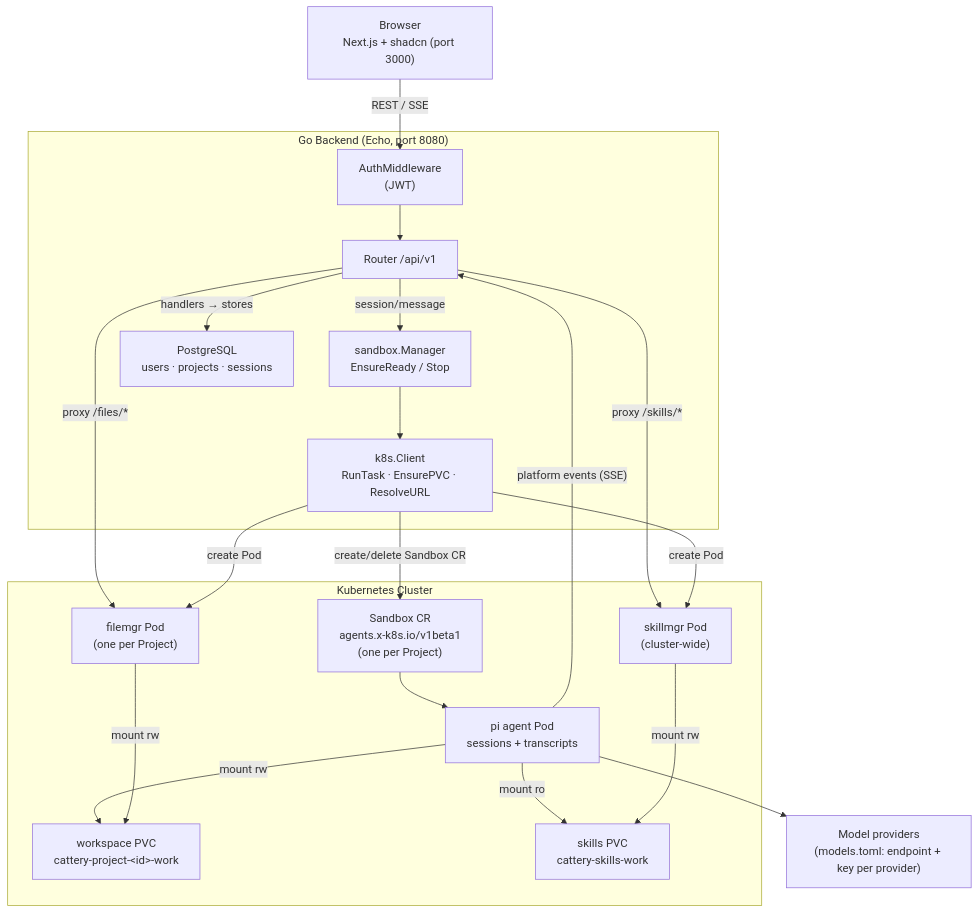
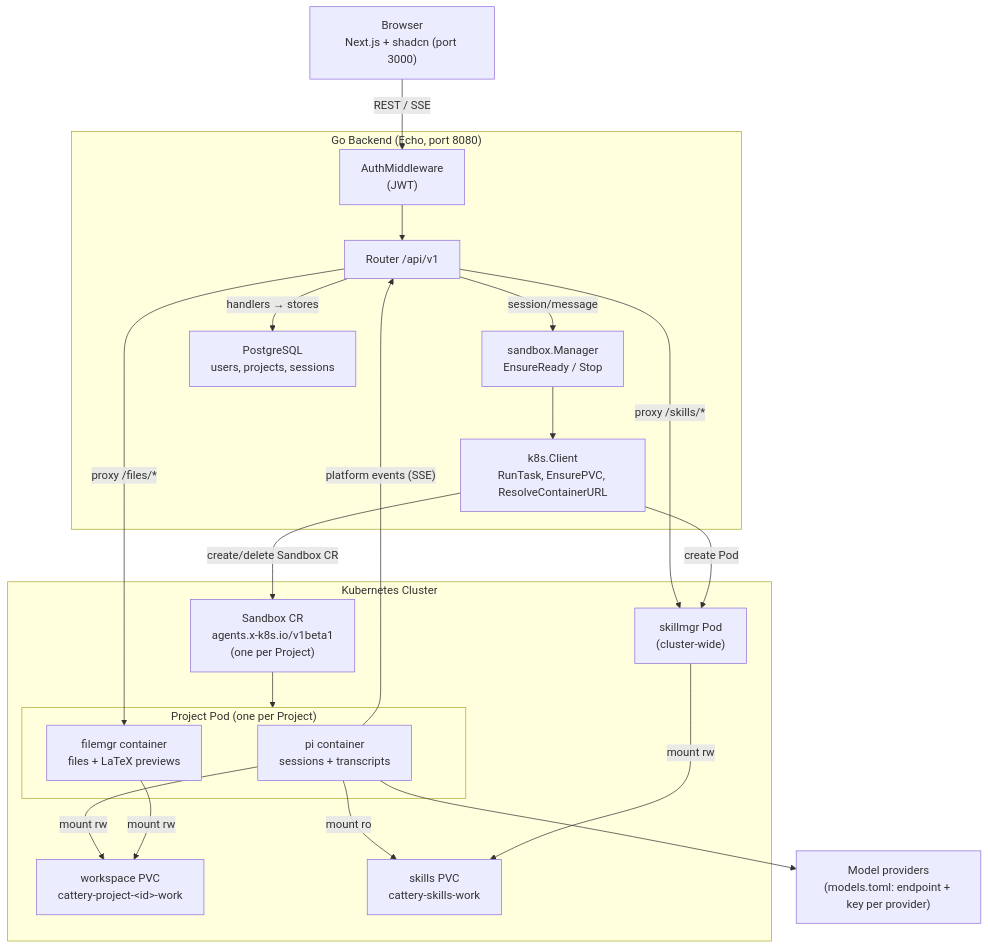
Before and after one commit to wellCh4n/cattery: the diagram in README.md, drawn with Mermaid. The commit also changed other lines of this file and 26 other files, not shown here.

First line of the commit message:
feat(pi,backend,web,filemgr): share project pods and add manual LaTeX previews

````diff
--- a/README.md
+++ b/README.md
@@ -7,42 +7,43 @@
 ```mermaid
 graph TD
     Browser["Browser\nNext.js + shadcn (port 3000)"]
 
     subgraph Backend["Go Backend (Echo, port 8080)"]
         Auth["AuthMiddleware\n(JWT)"]
         Router["Router /api/v1"]
         SandboxMgr["sandbox.Manager\nEnsureReady / Stop"]
-        K8sClient["k8s.Client\nRunTask · EnsurePVC · ResolveURL"]
-        DB["PostgreSQL\nusers · projects · sessions"]
+        K8sClient["k8s.Client\nRunTask, EnsurePVC, ResolveContainerURL"]
+        DB["PostgreSQL\nusers, projects, sessions"]
     end
 
     subgraph K8s["Kubernetes Cluster"]
         SandboxCR["Sandbox CR\nagents.x-k8s.io/v1beta1\n(one per Project)"]
-        Pi["pi agent Pod\nsessions + transcripts"]
-        FileMgr["filemgr Pod\n(one per Project)"]
+        subgraph ProjectPod["Project Pod (one per Project)"]
+            Pi["pi container\nsessions + transcripts"]
+            FileMgr["filemgr container\nfiles + LaTeX previews"]
+        end
         SkillMgr["skillmgr Pod\n(cluster-wide)"]
 
         WorkPVC["workspace PVC\ncattery-project-&lt;id&gt;-work"]
         SkillPVC["skills PVC\ncattery-skills-work"]
     end
 
     ModelAPI["Model providers\n(models.toml: endpoint + key per provider)"]
 
     Browser -->|"REST / SSE"| Auth
     Auth --> Router
     Router -->|"session/message"| SandboxMgr
     Router -->|"handlers → stores"| DB
     Router -->|"proxy /files/*"| FileMgr
     Router -->|"proxy /skills/*"| SkillMgr
     SandboxMgr --> K8sClient
     K8sClient -->|"create/delete Sandbox CR"| SandboxCR
-    K8sClient -->|"create Pod"| FileMgr
     K8sClient -->|"create Pod"| SkillMgr
-    SandboxCR --> Pi
+    SandboxCR --> ProjectPod
     Pi -->|"platform events (SSE)"| Router
     Pi --> ModelAPI
     Pi -->|"mount rw"| WorkPVC
     Pi -->|"mount ro"| SkillPVC
     FileMgr -->|"mount rw"| WorkPVC
     SkillMgr -->|"mount rw"| SkillPVC
 ```
````
